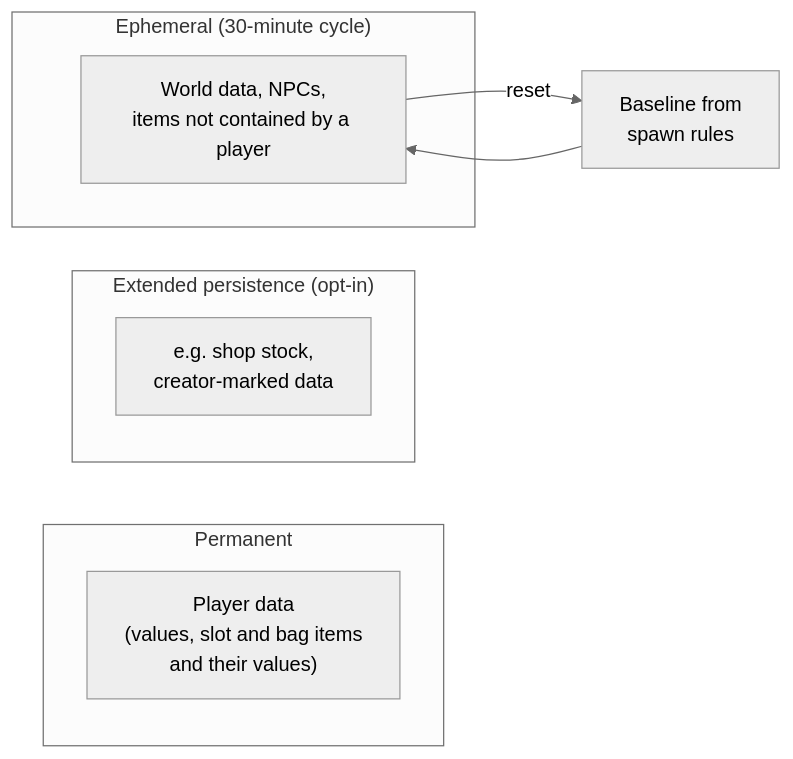
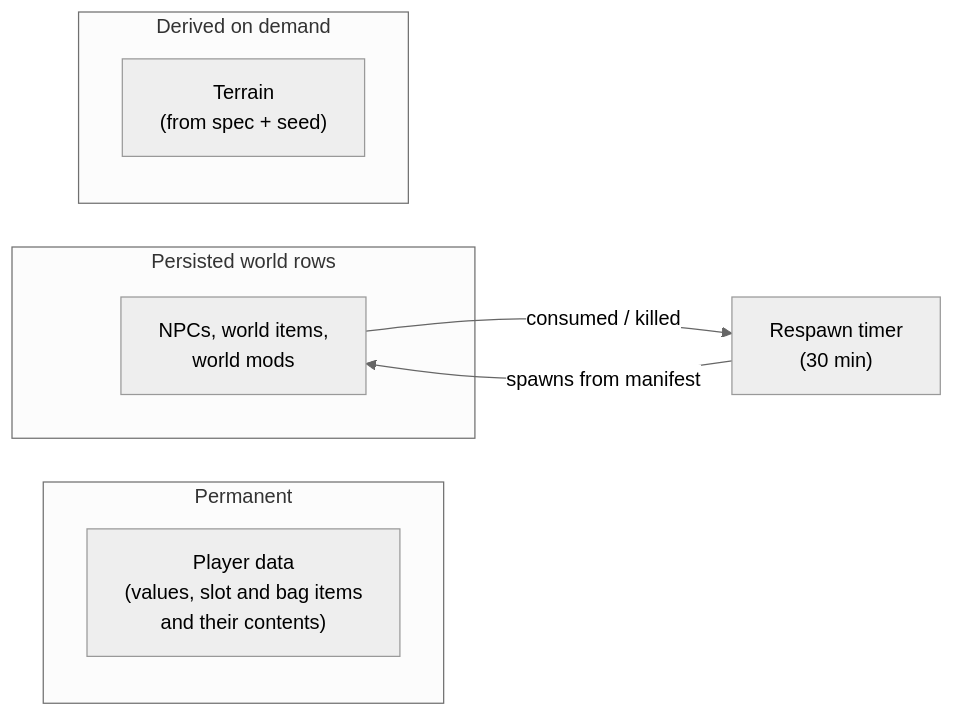
One commit to lpajunen/aiwebengine-examples changed the fifth of 5 diagrams in src/virtual-world/README.md. Above: the diagram before and after it, drawn with Mermaid (neutral theme). The commit also changed other lines of this file and 5 other files, not shown here.

````diff
--- a/src/virtual-world/README.md
+++ b/src/virtual-world/README.md
@@ -197,14 +338,14 @@
 ```mermaid
 flowchart LR
     subgraph Permanent["Permanent"]
-        PD["Player data<br/>(values, slot and bag items<br/>and their values)"]
+        PD["Player data<br/>(values, slot and bag items<br/>and their contents)"]
     end
-    subgraph Extended["Extended persistence (opt-in)"]
-        Shop["e.g. shop stock,<br/>creator-marked data"]
+    subgraph Persisted["Persisted world rows"]
+        WD["NPCs, world items,<br/>world mods"]
     end
-    subgraph Ephemeral["Ephemeral (30-minute cycle)"]
-        WD["World data, NPCs,<br/>items not contained by a player"]
+    subgraph Derived["Derived on demand"]
+        Terrain["Terrain<br/>(from spec + seed)"]
     end
-    WD -- "reset" --> Baseline["Baseline from<br/>spawn rules"]
-    Baseline --> WD
+    WD -- "consumed / killed" --> Timer["Respawn timer<br/>(30 min)"]
+    Timer -- "spawns from manifest" --> WD
 ```
````
